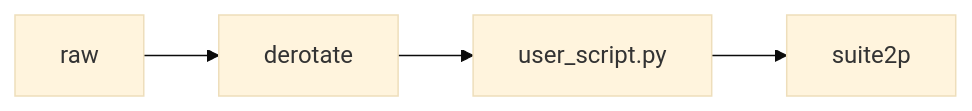
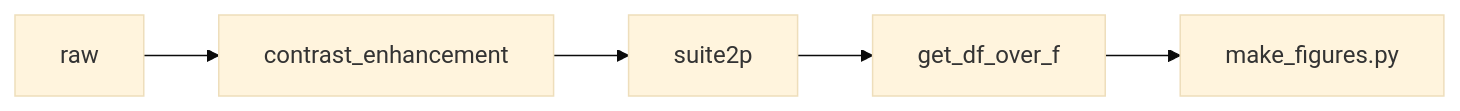
The fourth of 4 diagrams in index.qmd (lauraporta/slides-photon-mosaic-01), drawn with Mermaid (base theme) before and after one commit. The commit also changed other lines of this file, not shown here.

````diff
--- a/index.qmd
+++ b/index.qmd
@@ -244,4 +290,4 @@
 ```{mermaid}  
 flowchart LR
-  raw --> derotate --> custom["user_script.py"] --> suite2p
+  raw --> contrast_enhancement --> suite2p --> get_df_over_f -->custom["make_figures.py"]
 ```
````
